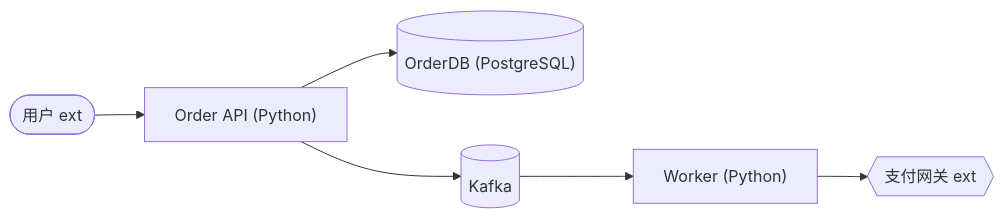
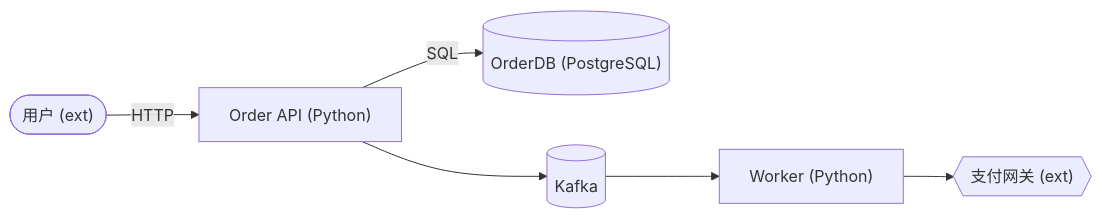
The second of 3 diagrams in skills/arch-overview/examples/2026-07-10-example-overview.md (ironbob/DesignSKills), drawn with Mermaid before and after one commit. The commit also changed other lines of this file and 10 other files, not shown here.

Commit message:
fix(arch-overview): generate Mermaid from structured diagrams

````diff
--- a/skills/arch-overview/examples/2026-07-10-example-overview.md
+++ b/skills/arch-overview/examples/2026-07-10-example-overview.md
@@ -64,8 +65,14 @@
 ```mermaid
 flowchart LR
-  U(["用户 ext"]) --> API["Order API (Python)"]
-  API --> DB[("OrderDB (PostgreSQL)")]
-  API --> MQ[("Kafka")]
-  MQ --> W["Worker (Python)"]
-  W --> PAY{{"支付网关 ext"}}
+  U(["用户 (ext)"])
+  API["Order API (Python)"]
+  DB[("OrderDB (PostgreSQL)")]
+  MQ[("Kafka")]
+  W["Worker (Python)"]
+  PAY{{"支付网关 (ext)"}}
+  U -->|"HTTP"| API
+  API -->|"SQL"| DB
+  API --> MQ
+  MQ --> W
+  W --> PAY
 ```
````
